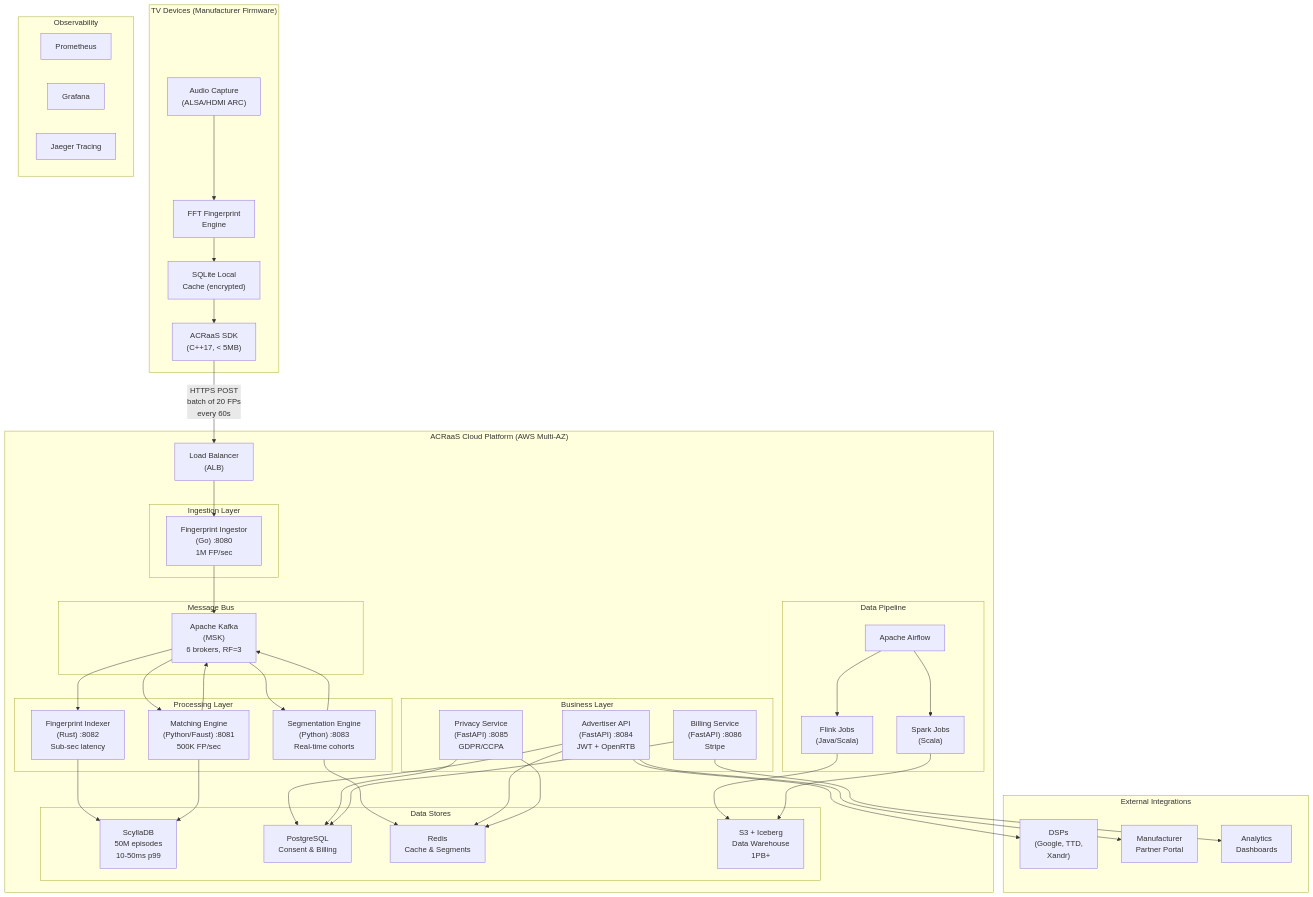
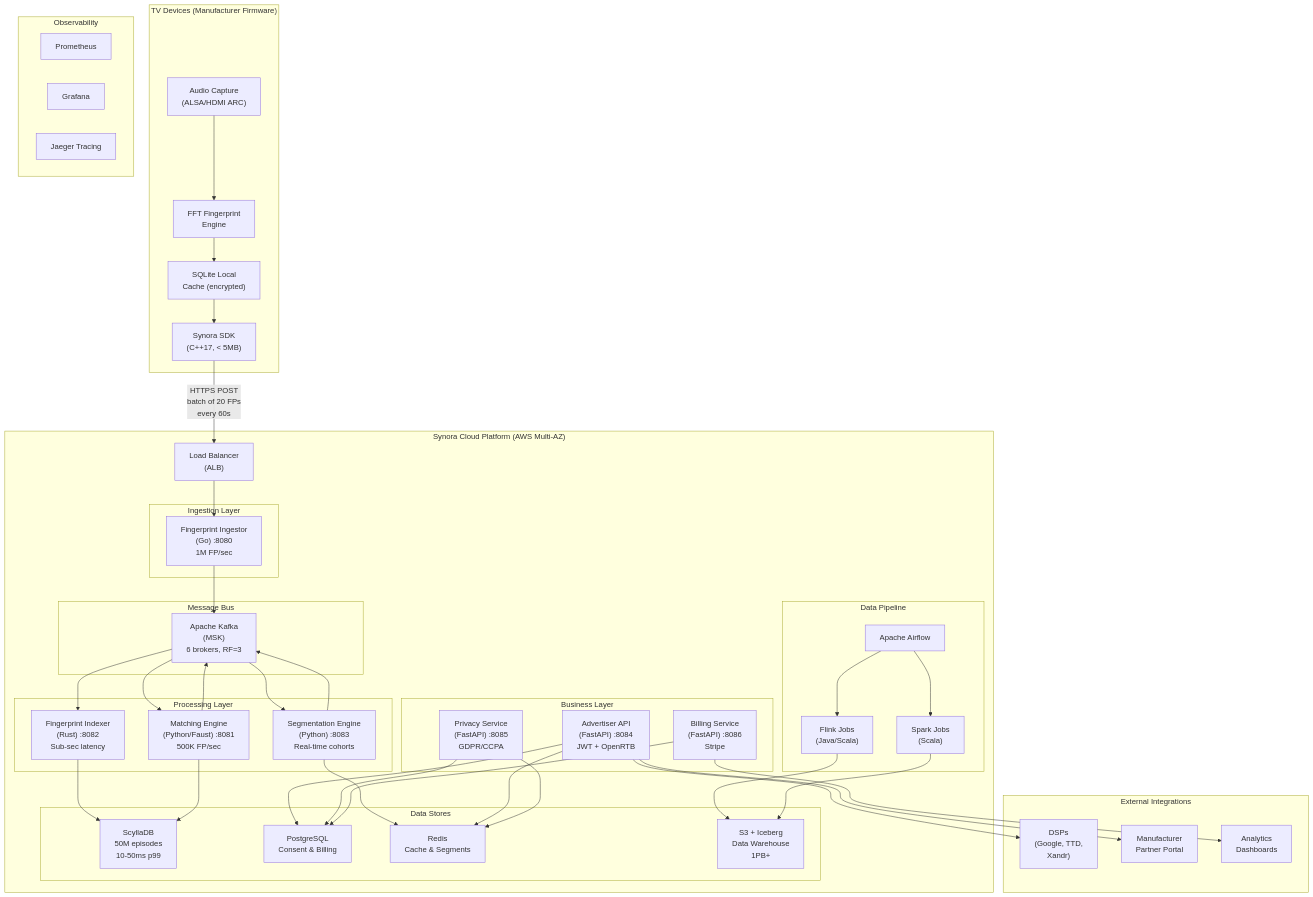
One commit to ksmettela/Synora changed the first of 13 diagrams in PRODUCT_BLOG.md. Above: the diagram before and after it, drawn with Mermaid. The commit also changed other lines of this file and 86 other files, not shown here.

````diff
--- a/PRODUCT_BLOG.md
+++ b/PRODUCT_BLOG.md
@@ -37,7 +37,7 @@
 ```mermaid
 graph TB
     subgraph "TV Devices (Manufacturer Firmware)"
-        SDK["ACRaaS SDK<br/>(C++17, < 5MB)"]
+        SDK["Synora SDK<br/>(C++17, < 5MB)"]
         AC["Audio Capture<br/>(ALSA/HDMI ARC)"]
         FFT["FFT Fingerprint<br/>Engine"]
         LC["SQLite Local<br/>Cache (encrypted)"]
@@ -47,7 +47,7 @@
 
     SDK -->|"HTTPS POST<br/>batch of 20 FPs<br/>every 60s"| LB
 
-    subgraph "ACRaaS Cloud Platform (AWS Multi-AZ)"
+    subgraph "Synora Cloud Platform (AWS Multi-AZ)"
         LB["Load Balancer<br/>(ALB)"]
         
         subgraph "Ingestion Layer"
````
